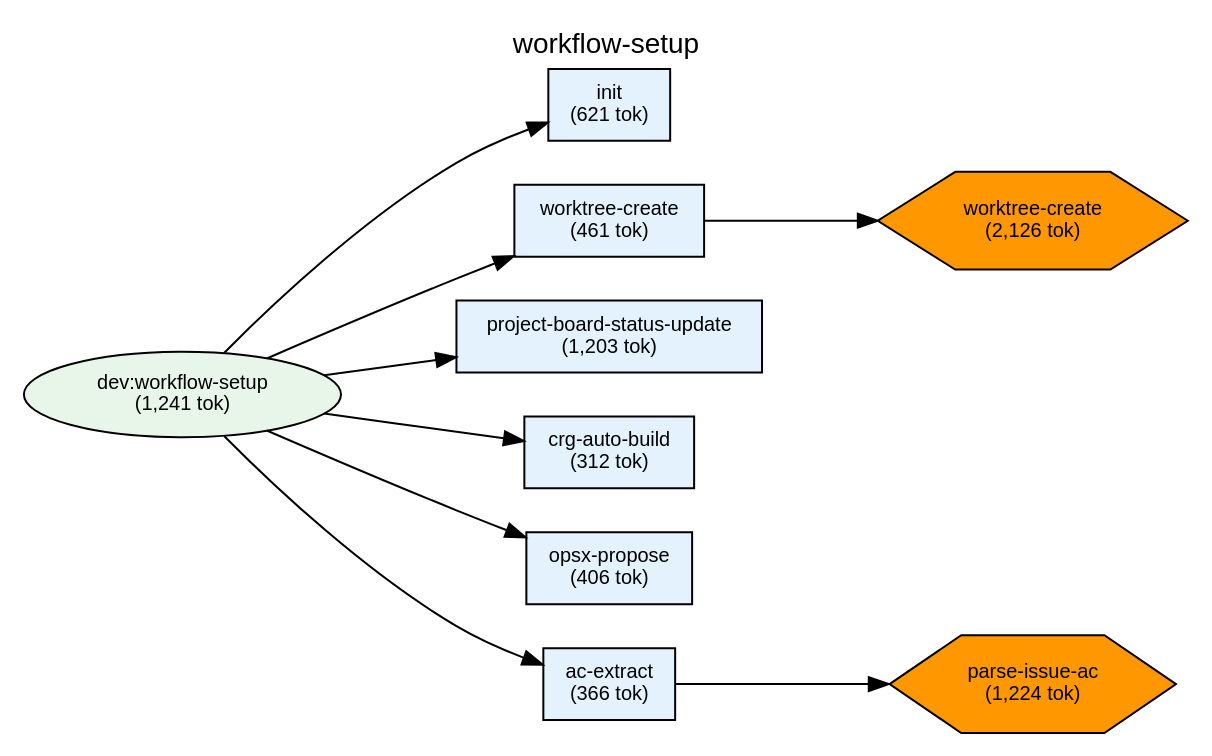
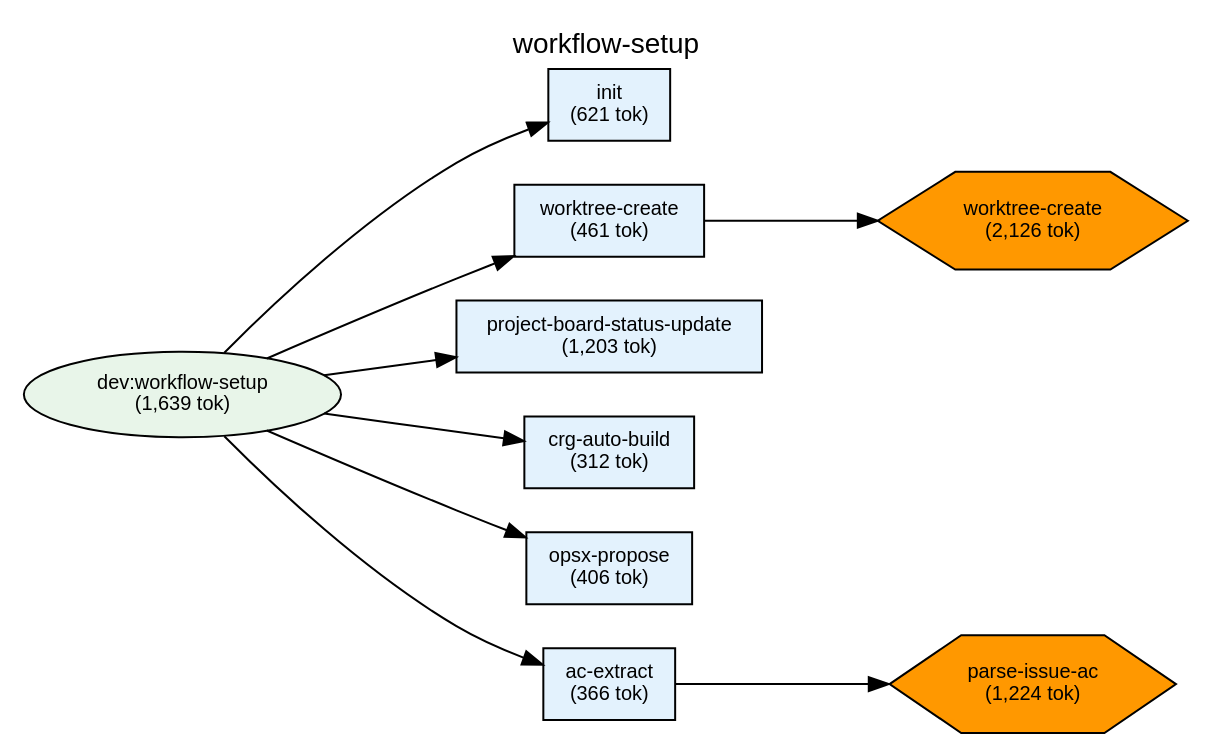
One commit to shuu5/twill changed the diagram in plugins/dev/docs/deps-workflow-setup.dot. Above: the diagram before and after it, drawn with Graphviz. The commit also changed 11 other files, not shown here.

```diff
--- a/plugins/dev/docs/deps-workflow-setup.dot
+++ b/plugins/dev/docs/deps-workflow-setup.dot
@@ -1,62 +1,62 @@
 digraph Dependencies {
     // Graph settings
     rankdir=LR;
     ranksep=0.8;
     nodesep=0.3;
     fontname="Helvetica";
     node [fontname="Helvetica", fontsize=10];
     edge [fontname="Helvetica", fontsize=9];
     label="workflow-setup";
     labelloc=t;
     fontsize=14;
 
     // L0: Controller Skills
 
     // L0: Launchers
 
     // L0.5: Workflow Skills
-    skill_workflow_setup [label="dev:workflow-setup\n(1,241 tok)", shape=ellipse, style=filled, fillcolor="#e8f5e9"];
+    skill_workflow_setup [label="dev:workflow-setup\n(1,639 tok)", shape=ellipse, style=filled, fillcolor="#e8f5e9"];
 
     // Reference Skills
 
     // L1: Direct Commands
     cmd_init [label="init\n(621 tok)", shape=box, style=filled, fillcolor="#e3f2fd"];
     cmd_worktree_create [label="worktree-create\n(461 tok)", shape=box, style=filled, fillcolor="#e3f2fd"];
     cmd_project_board_status_update [label="project-board-status-update\n(1,203 tok)", shape=box, style=filled, fillcolor="#e3f2fd"];
     cmd_crg_auto_build [label="crg-auto-build\n(312 tok)", shape=box, style=filled, fillcolor="#e3f2fd"];
     cmd_opsx_propose [label="opsx-propose\n(406 tok)", shape=box, style=filled, fillcolor="#e3f2fd"];
     cmd_ac_extract [label="ac-extract\n(366 tok)", shape=box, style=filled, fillcolor="#e3f2fd"];
 
     // L2: Sub Commands
 
     // L3: Agents
 
     // L3.5: Scripts
     script_worktree_create [label="worktree-create\n(2,126 tok)", shape=hexagon, style=filled, fillcolor="#FF9800"];
     script_parse_issue_ac [label="parse-issue-ac\n(1,224 tok)", shape=hexagon, style=filled, fillcolor="#FF9800"];
 
     // L4: External
 
     // Layer constraints
     { rank=same; skill_workflow_setup; }
     { rank=same; cmd_init; cmd_worktree_create; cmd_project_board_status_update; cmd_crg_auto_build; cmd_opsx_propose; cmd_ac_extract; }
     { rank=same; script_worktree_create; script_parse_issue_ac; }
 
     // Edges
     skill_workflow_setup -> cmd_init;
     skill_workflow_setup -> cmd_worktree_create;
     skill_workflow_setup -> cmd_project_board_status_update;
     skill_workflow_setup -> cmd_crg_auto_build;
     skill_workflow_setup -> cmd_opsx_propose;
     skill_workflow_setup -> cmd_ac_extract;
     cmd_worktree_create -> script_worktree_create;
     cmd_ac_extract -> script_parse_issue_ac;
 
     // Ordering constraints (invisible edges)
     cmd_init -> cmd_worktree_create [style=invis, weight=10];
     cmd_worktree_create -> cmd_project_board_status_update [style=invis, weight=10];
     cmd_project_board_status_update -> cmd_crg_auto_build [style=invis, weight=10];
     cmd_crg_auto_build -> cmd_opsx_propose [style=invis, weight=10];
     cmd_opsx_propose -> cmd_ac_extract [style=invis, weight=10];
 
 }
```
